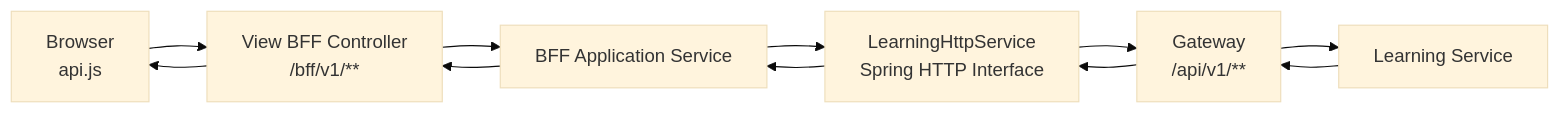
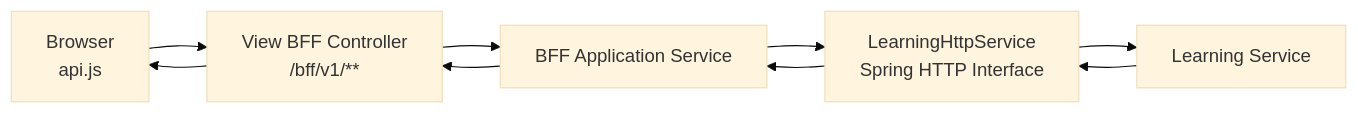
One commit to nhnacademy-aiot3-omagotchi/omagotchi-frontend changed the diagram in docs/onboarding/06-bff-http-interface-boundary.md. Above: the diagram before and after it, drawn with Mermaid (base theme). The commit also changed other lines of this file and 4 other files, not shown here.

````diff
--- a/docs/onboarding/06-bff-http-interface-boundary.md
+++ b/docs/onboarding/06-bff-http-interface-boundary.md
@@ -39,12 +39,11 @@
 ```mermaid
 flowchart LR
     Browser["Browser<br/>api.js"]
     Controller["View BFF Controller<br/>/bff/v1/**"]
     Application["BFF Application Service"]
     HttpInterface["LearningHttpService<br/>Spring HTTP Interface"]
-    Gateway["Gateway<br/>/api/v1/**"]
     Learning["Learning Service"]
 
-    Browser --> Controller --> Application --> HttpInterface --> Gateway --> Learning
-    Learning --> Gateway --> HttpInterface --> Application --> Controller --> Browser
+    Browser --> Controller --> Application --> HttpInterface --> Learning
+    Learning --> HttpInterface --> Application --> Controller --> Browser
 ```
````
